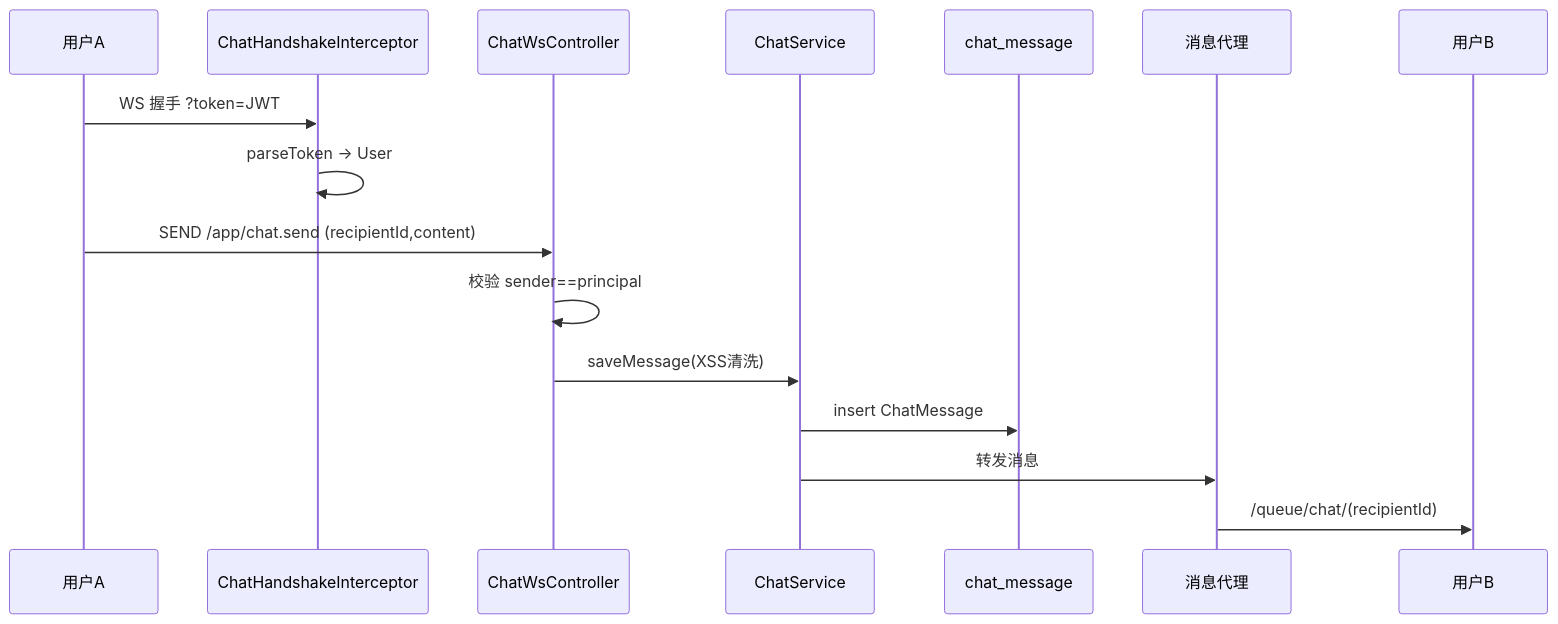
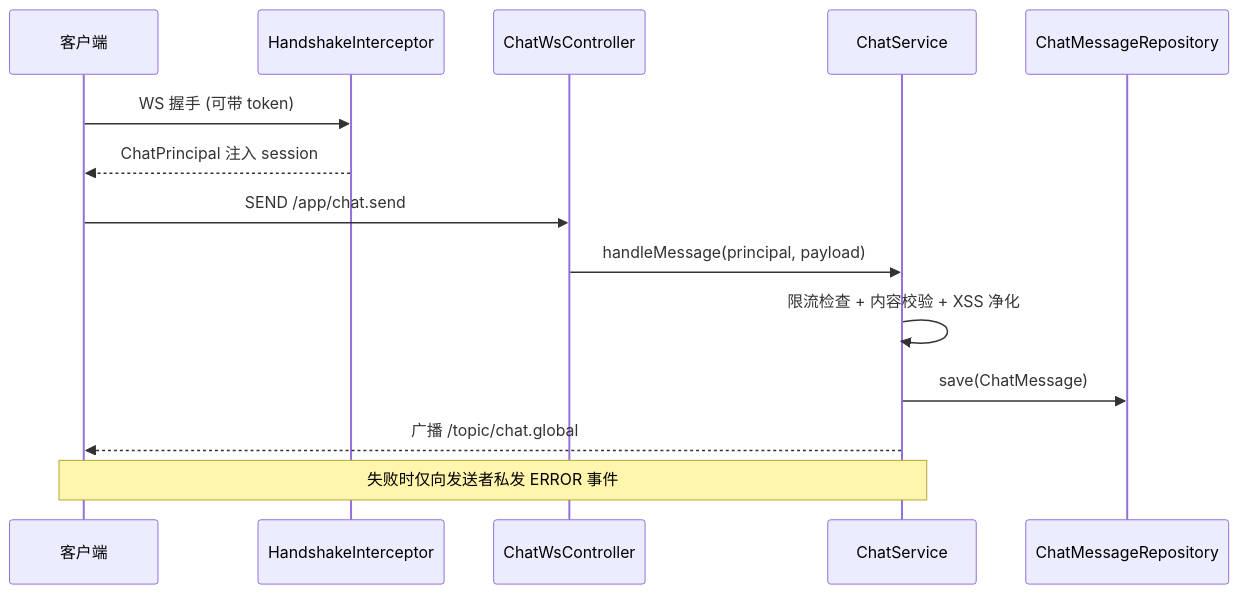
Before and after one commit to mambo-wang/CodingHub: the second of 2 diagrams in repowiki/wiki/modules/实时聊天.md, drawn with Mermaid. The commit also changed other lines of this file and 59 other files, not shown here.

````diff
--- a/repowiki/wiki/modules/实时聊天.md
+++ b/repowiki/wiki/modules/实时聊天.md
@@ -99,18 +104,16 @@
 ```mermaid
 sequenceDiagram
-    participant U as 用户A
-    participant INT as ChatHandshakeInterceptor
-    participant WS as ChatWsController
-    participant CS as ChatService
-    participant DB as chat_message
-    participant B as 消息代理
-    participant R as 用户B
-    U->>INT: WS 握手 ?token=JWT
-    INT->>INT: parseToken -> User
-    U->>WS: SEND /app/chat.send (recipientId,content)
-    WS->>WS: 校验 sender==principal
-    WS->>CS: saveMessage(XSS清洗)
-    CS->>DB: insert ChatMessage
-    CS->>B: 转发消息
-    B->>R: /queue/chat/(recipientId)
+    participant C as 客户端
+    participant H as HandshakeInterceptor
+    participant W as ChatWsController
+    participant S as ChatService
+    participant R as ChatMessageRepository
+    C->>H: WS 握手 (可带 token)
+    H-->>C: ChatPrincipal 注入 session
+    C->>W: SEND /app/chat.send
+    W->>S: handleMessage(principal, payload)
+    S->>S: 限流检查 + 内容校验 + XSS 净化
+    S->>R: save(ChatMessage)
+    S-->>C: 广播 /topic/chat.global
+    Note over S,C: 失败时仅向发送者私发 ERROR 事件
 ```
````
